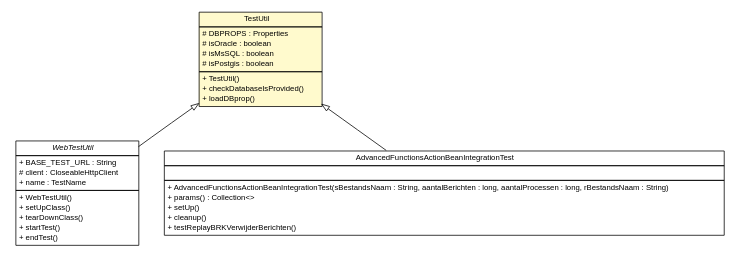
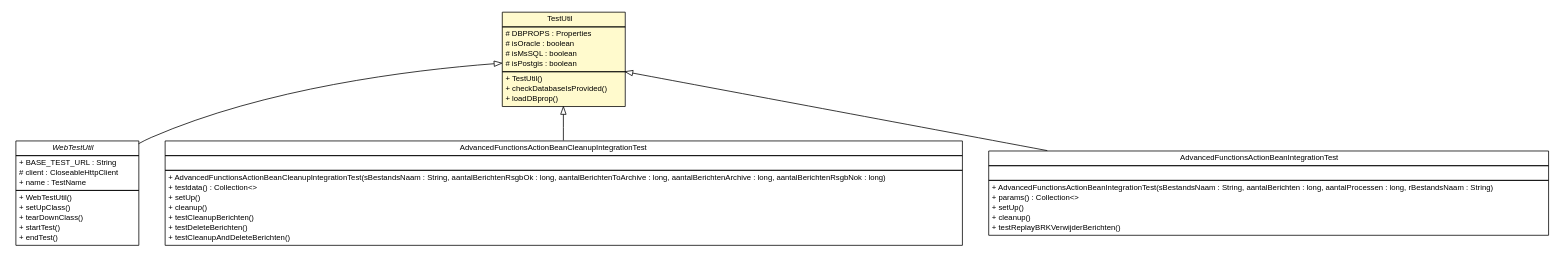
Before and after one commit to B3Partners/brmo: the diagram in brmo-service/testapidocs/nl/b3p/brmo/service/testutil/TestUtil.dot, drawn with Graphviz. The commit also changed 279 other files, not shown here.

```diff
--- a/brmo-service/testapidocs/nl/b3p/brmo/service/testutil/TestUtil.dot
+++ b/brmo-service/testapidocs/nl/b3p/brmo/service/testutil/TestUtil.dot
@@ -1,67 +1,87 @@
 #!/usr/local/bin/dot
 #
 # Class diagram 
 # Generated by UMLGraph version R5_6-24-gf6e263 (http://www.umlgraph.org/)
 #
 
 digraph G {
 	edge [fontname="Helvetica",fontsize=10,labelfontname="Helvetica",labelfontsize=10];
 	node [fontname="Helvetica",fontsize=10,shape=plaintext];
 	nodesep=0.25;
 	ranksep=0.5;
 	// nl.b3p.web.WebTestUtil
-	c44 [label=<<table title="nl.b3p.web.WebTestUtil" border="0" cellborder="1" cellspacing="0" cellpadding="2" port="p" href="../../../web/WebTestUtil.html">
+	c57 [label=<<table title="nl.b3p.web.WebTestUtil" border="0" cellborder="1" cellspacing="0" cellpadding="2" port="p" href="../../../web/WebTestUtil.html">
 		<tr><td><table border="0" cellspacing="0" cellpadding="1">
 <tr><td align="center" balign="center"><font face="Helvetica-Oblique"> WebTestUtil </font></td></tr>
 		</table></td></tr>
 		<tr><td><table border="0" cellspacing="0" cellpadding="1">
 <tr><td align="left" balign="left"> + BASE_TEST_URL : String </td></tr>
 <tr><td align="left" balign="left"> # client : CloseableHttpClient </td></tr>
 <tr><td align="left" balign="left"> + name : TestName </td></tr>
 		</table></td></tr>
 		<tr><td><table border="0" cellspacing="0" cellpadding="1">
 <tr><td align="left" balign="left"> + WebTestUtil() </td></tr>
 <tr><td align="left" balign="left"> + setUpClass() </td></tr>
 <tr><td align="left" balign="left"> + tearDownClass() </td></tr>
 <tr><td align="left" balign="left"> + startTest() </td></tr>
 <tr><td align="left" balign="left"> + endTest() </td></tr>
 		</table></td></tr>
 		</table>>, URL="../../../web/WebTestUtil.html", fontname="Helvetica", fontcolor="black", fontsize=10.0];
+	// nl.b3p.brmo.service.stripes.AdvancedFunctionsActionBeanCleanupIntegrationTest
+	c58 [label=<<table title="nl.b3p.brmo.service.stripes.AdvancedFunctionsActionBeanCleanupIntegrationTest" border="0" cellborder="1" cellspacing="0" cellpadding="2" port="p" href="../stripes/AdvancedFunctionsActionBeanCleanupIntegrationTest.html">
+		<tr><td><table border="0" cellspacing="0" cellpadding="1">
+<tr><td align="center" balign="center"> AdvancedFunctionsActionBeanCleanupIntegrationTest </td></tr>
+		</table></td></tr>
+		<tr><td><table border="0" cellspacing="0" cellpadding="1">
+<tr><td align="left" balign="left">  </td></tr>
+		</table></td></tr>
+		<tr><td><table border="0" cellspacing="0" cellpadding="1">
+<tr><td align="left" balign="left"> + AdvancedFunctionsActionBeanCleanupIntegrationTest(sBestandsNaam : String, aantalBerichtenRsgbOk : long, aantalBerichtenToArchive : long, aantalBerichtenArchive : long, aantalBerichtenRsgbNok : long) </td></tr>
+<tr><td align="left" balign="left"> + testdata() : Collection&lt;&gt; </td></tr>
+<tr><td align="left" balign="left"> + setUp() </td></tr>
+<tr><td align="left" balign="left"> + cleanup() </td></tr>
+<tr><td align="left" balign="left"> + testCleanupBerichten() </td></tr>
+<tr><td align="left" balign="left"> + testDeleteBerichten() </td></tr>
+<tr><td align="left" balign="left"> + testCleanupAndDeleteBerichten() </td></tr>
+		</table></td></tr>
+		</table>>, URL="../stripes/AdvancedFunctionsActionBeanCleanupIntegrationTest.html", fontname="Helvetica", fontcolor="black", fontsize=10.0];
 	// nl.b3p.brmo.service.stripes.AdvancedFunctionsActionBeanIntegrationTest
-	c45 [label=<<table title="nl.b3p.brmo.service.stripes.AdvancedFunctionsActionBeanIntegrationTest" border="0" cellborder="1" cellspacing="0" cellpadding="2" port="p" href="../stripes/AdvancedFunctionsActionBeanIntegrationTest.html">
+	c59 [label=<<table title="nl.b3p.brmo.service.stripes.AdvancedFunctionsActionBeanIntegrationTest" border="0" cellborder="1" cellspacing="0" cellpadding="2" port="p" href="../stripes/AdvancedFunctionsActionBeanIntegrationTest.html">
 		<tr><td><table border="0" cellspacing="0" cellpadding="1">
 <tr><td align="center" balign="center"> AdvancedFunctionsActionBeanIntegrationTest </td></tr>
 		</table></td></tr>
 		<tr><td><table border="0" cellspacing="0" cellpadding="1">
 <tr><td align="left" balign="left">  </td></tr>
 		</table></td></tr>
 		<tr><td><table border="0" cellspacing="0" cellpadding="1">
 <tr><td align="left" balign="left"> + AdvancedFunctionsActionBeanIntegrationTest(sBestandsNaam : String, aantalBerichten : long, aantalProcessen : long, rBestandsNaam : String) </td></tr>
 <tr><td align="left" balign="left"> + params() : Collection&lt;&gt; </td></tr>
 <tr><td align="left" balign="left"> + setUp() </td></tr>
 <tr><td align="left" balign="left"> + cleanup() </td></tr>
 <tr><td align="left" balign="left"> + testReplayBRKVerwijderBerichten() </td></tr>
 		</table></td></tr>
 		</table>>, URL="../stripes/AdvancedFunctionsActionBeanIntegrationTest.html", fontname="Helvetica", fontcolor="black", fontsize=10.0];
 	// nl.b3p.brmo.service.testutil.TestUtil
-	c46 [label=<<table title="nl.b3p.brmo.service.testutil.TestUtil" border="0" cellborder="1" cellspacing="0" cellpadding="2" port="p" bgcolor="lemonChiffon" href="./TestUtil.html">
+	c60 [label=<<table title="nl.b3p.brmo.service.testutil.TestUtil" border="0" cellborder="1" cellspacing="0" cellpadding="2" port="p" bgcolor="lemonChiffon" href="./TestUtil.html">
 		<tr><td><table border="0" cellspacing="0" cellpadding="1">
 <tr><td align="center" balign="center"> TestUtil </td></tr>
 		</table></td></tr>
 		<tr><td><table border="0" cellspacing="0" cellpadding="1">
 <tr><td align="left" balign="left"> # DBPROPS : Properties </td></tr>
 <tr><td align="left" balign="left"> # isOracle : boolean </td></tr>
 <tr><td align="left" balign="left"> # isMsSQL : boolean </td></tr>
 <tr><td align="left" balign="left"> # isPostgis : boolean </td></tr>
 		</table></td></tr>
 		<tr><td><table border="0" cellspacing="0" cellpadding="1">
 <tr><td align="left" balign="left"> + TestUtil() </td></tr>
 <tr><td align="left" balign="left"> + checkDatabaseIsProvided() </td></tr>
 <tr><td align="left" balign="left"> + loadDBprop() </td></tr>
 		</table></td></tr>
 		</table>>, URL="./TestUtil.html", fontname="Helvetica", fontcolor="black", fontsize=10.0];
 	//nl.b3p.web.WebTestUtil extends nl.b3p.brmo.service.testutil.TestUtil
-	c46:p -> c44:p [dir=back,arrowtail=empty];
+	c60:p -> c57:p [dir=back,arrowtail=empty];
+	//nl.b3p.brmo.service.stripes.AdvancedFunctionsActionBeanCleanupIntegrationTest extends nl.b3p.brmo.service.testutil.TestUtil
+	c60:p -> c58:p [dir=back,arrowtail=empty];
 	//nl.b3p.brmo.service.stripes.AdvancedFunctionsActionBeanIntegrationTest extends nl.b3p.brmo.service.testutil.TestUtil
-	c46:p -> c45:p [dir=back,arrowtail=empty];
+	c60:p -> c59:p [dir=back,arrowtail=empty];
 }
```
